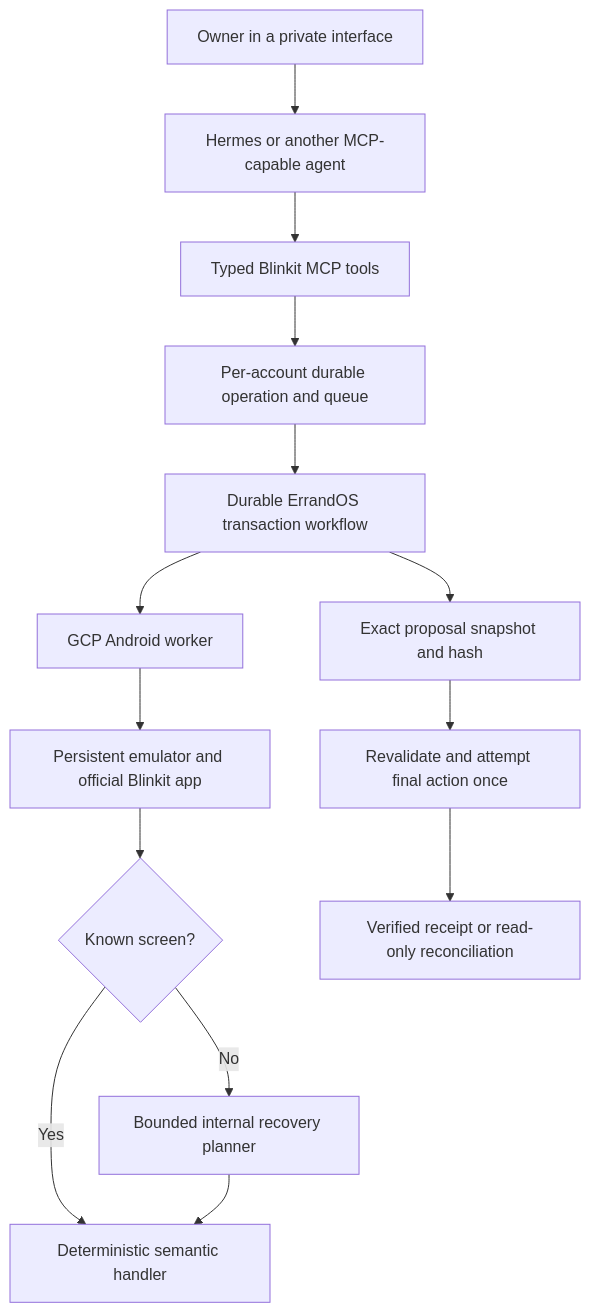
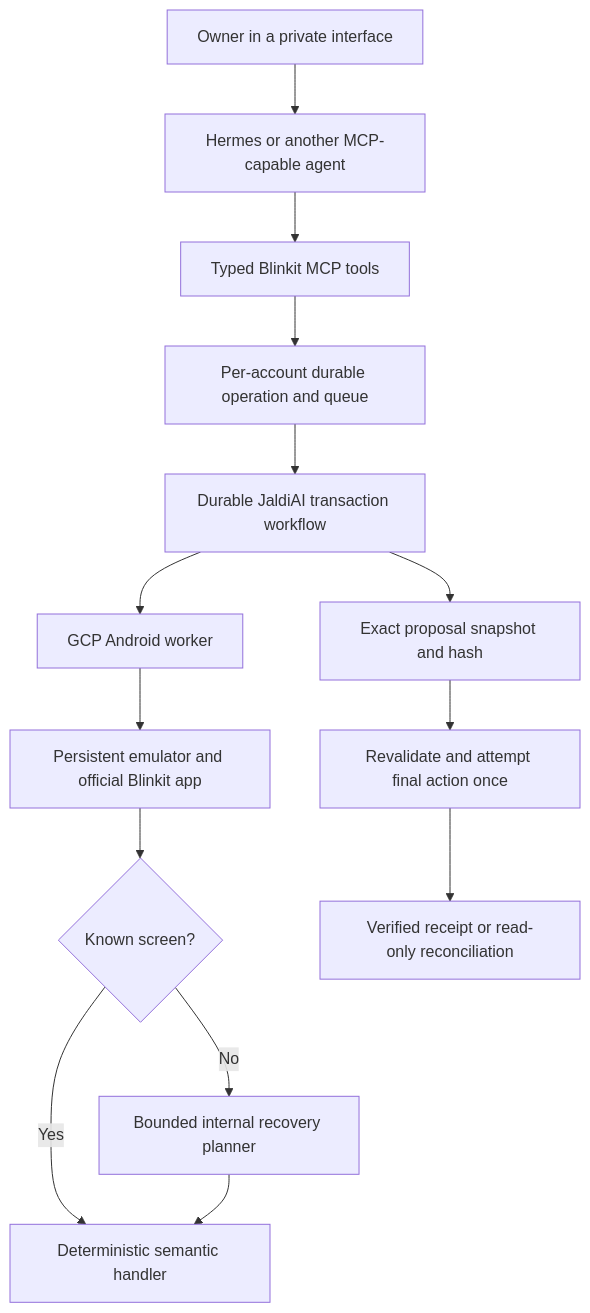
Before and after one commit to nikhilachale/errandos-buildathon: the diagram in hosted/hermes/skills/errandos/references/architecture.md, drawn with Mermaid. The commit also changed other lines of this file and 45 other files, not shown here.

````diff
--- a/hosted/hermes/skills/errandos/references/architecture.md
+++ b/hosted/hermes/skills/errandos/references/architecture.md
@@ -3,16 +3,16 @@
 ```mermaid
 flowchart TD
     U["Owner in a private interface"] --> H["Hermes or another MCP-capable agent"]
     H --> M["Typed Blinkit MCP tools"]
     M --> Q["Per-account durable operation and queue"]
-    Q --> T["Durable ErrandOS transaction workflow"]
+    Q --> T["Durable JaldiAI transaction workflow"]
     T --> W["GCP Android worker"]
     W --> D["Persistent emulator and official Blinkit app"]
     D --> K{"Known screen?"}
     K -- "Yes" --> S["Deterministic semantic handler"]
     K -- "No" --> R["Bounded internal recovery planner"]
     R --> S
     T --> P["Exact proposal snapshot and hash"]
     P --> C["Revalidate and attempt final action once"]
     C --> O["Verified receipt or read-only reconciliation"]
 ```
````
